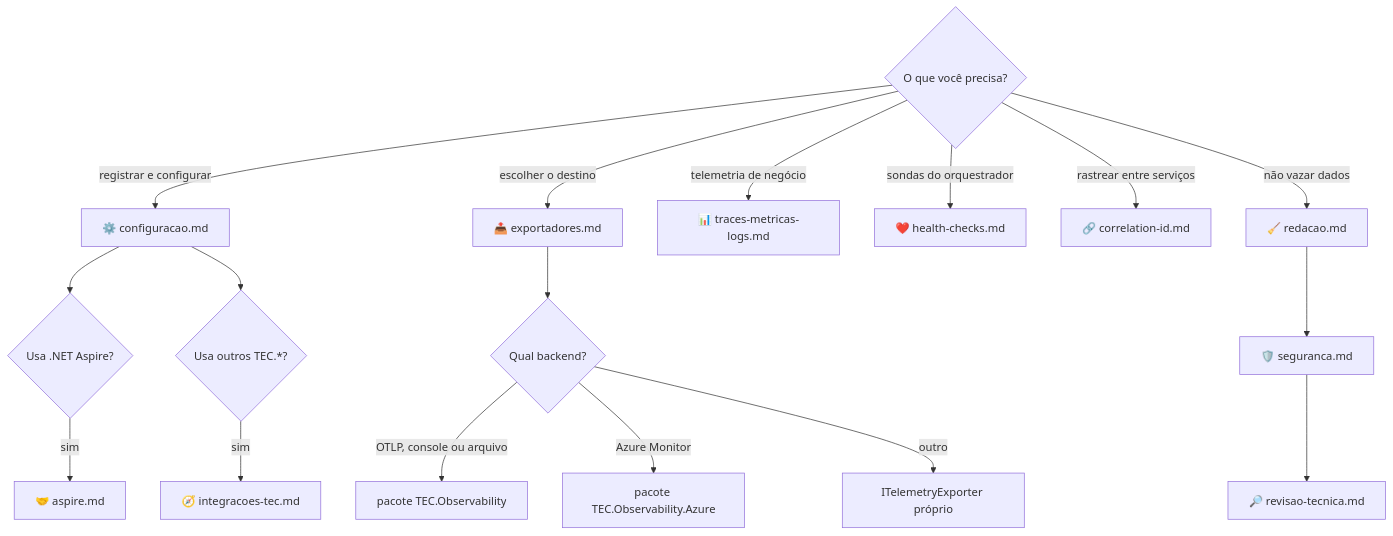
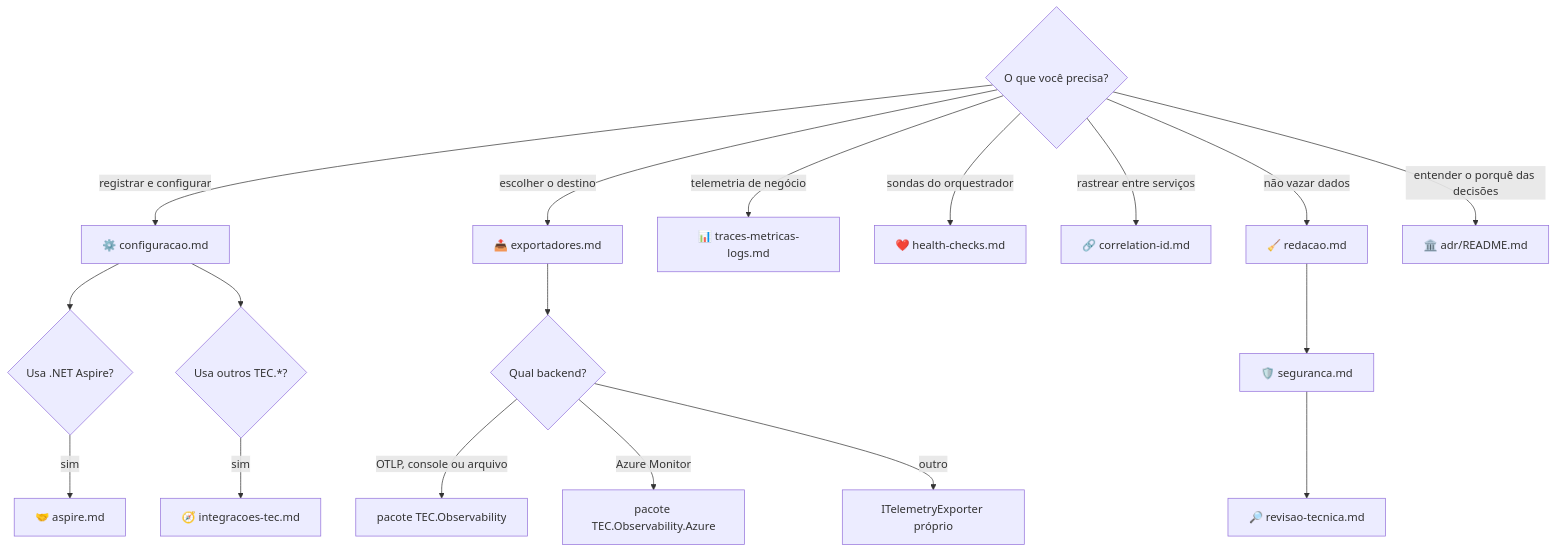
Before and after one commit to tudoemcodigo/lib-tec-observability: the diagram in docs/README.md, drawn with Mermaid. The commit also changed other lines of this file and 23 other files, not shown here.

````diff
--- a/docs/README.md
+++ b/docs/README.md
@@ -39,19 +44,20 @@
 ```mermaid
 flowchart TD
     Q{"O que você precisa?"} -->|registrar e configurar| CFG["⚙️ configuracao.md"]
     Q -->|escolher o destino| EXP["📤 exportadores.md"]
     Q -->|telemetria de negócio| TML["📊 traces-metricas-logs.md"]
     Q -->|sondas do orquestrador| HC["❤️ health-checks.md"]
     Q -->|rastrear entre serviços| COR["🔗 correlation-id.md"]
     Q -->|não vazar dados| RED["🧹 redacao.md"]
     EXP --> P{"Qual backend?"}
     P -->|"OTLP, console ou arquivo"| BASE["pacote TEC.Observability"]
     P -->|Azure Monitor| AZ["pacote TEC.Observability.Azure"]
     P -->|outro| ITE["ITelemetryExporter próprio"]
     CFG --> ASP{"Usa .NET Aspire?"}
     ASP -->|sim| ASPM["🤝 aspire.md"]
     CFG --> TEC{"Usa outros TEC.*?"}
     TEC -->|sim| INT["🧭 integracoes-tec.md"]
     RED --> SEG["🛡️ seguranca.md"]
     SEG --> REV["🔎 revisao-tecnica.md"]
+    Q -->|entender o porquê das decisões| ADR["🏛️ adr/README.md"]
 ```
````
